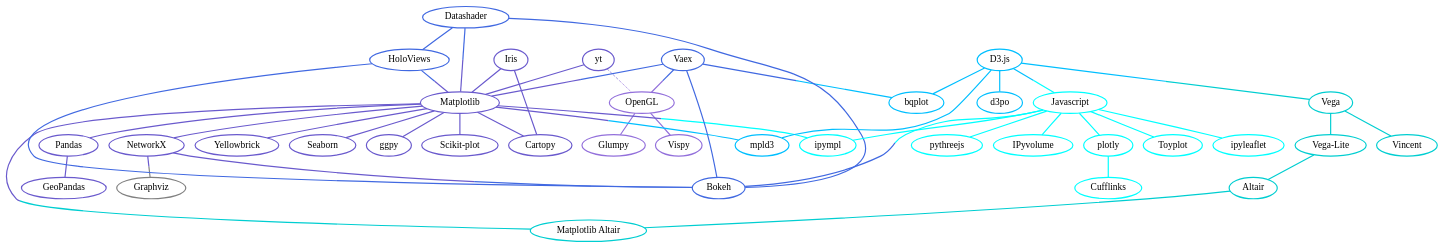
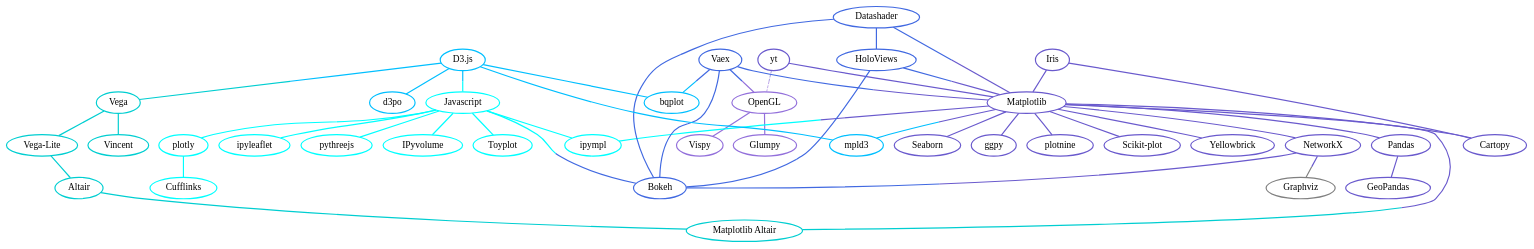
One commit to veit/jupyter-tutorial changed the diagram in docs/viz/overview.rst. Above: the diagram before and after it, drawn with Graphviz. The commit also changed other lines of this file and 11 other files, not shown here.

```diff
--- a/docs/viz/overview.rst
+++ b/docs/viz/overview.rst
@@ -66,6 +66,12 @@
             color="slateblue",
             target="_top",
             href="https://github.com/yhat/ggpy"]
+        plotnine [
+            label="plotnine",
+            tooltip="Python-Implementierung von ggplot2",
+            color="slateblue",
+            target="_top",
+            href="../viz/matplotlib/plotnine.html"]
         scikit_plot [
             label="Scikit-plot",
             tooltip="Plotting-Bibliothek für\nScikit-learn-Objekte",
@@ -112,6 +118,7 @@
         pandas  -- geopandas [color="slateblue"]
         mpl -- seaborn [color="slateblue"]
         mpl -- ggpy [color="slateblue"]
+        mpl -- plotnine [color="slateblue"]
         mpl -- scikit_plot [color="slateblue"]
         mpl -- yellowbrick [color="slateblue"]
         networkx -- graphviz [color="slateblue;0.5:gray"]
```
